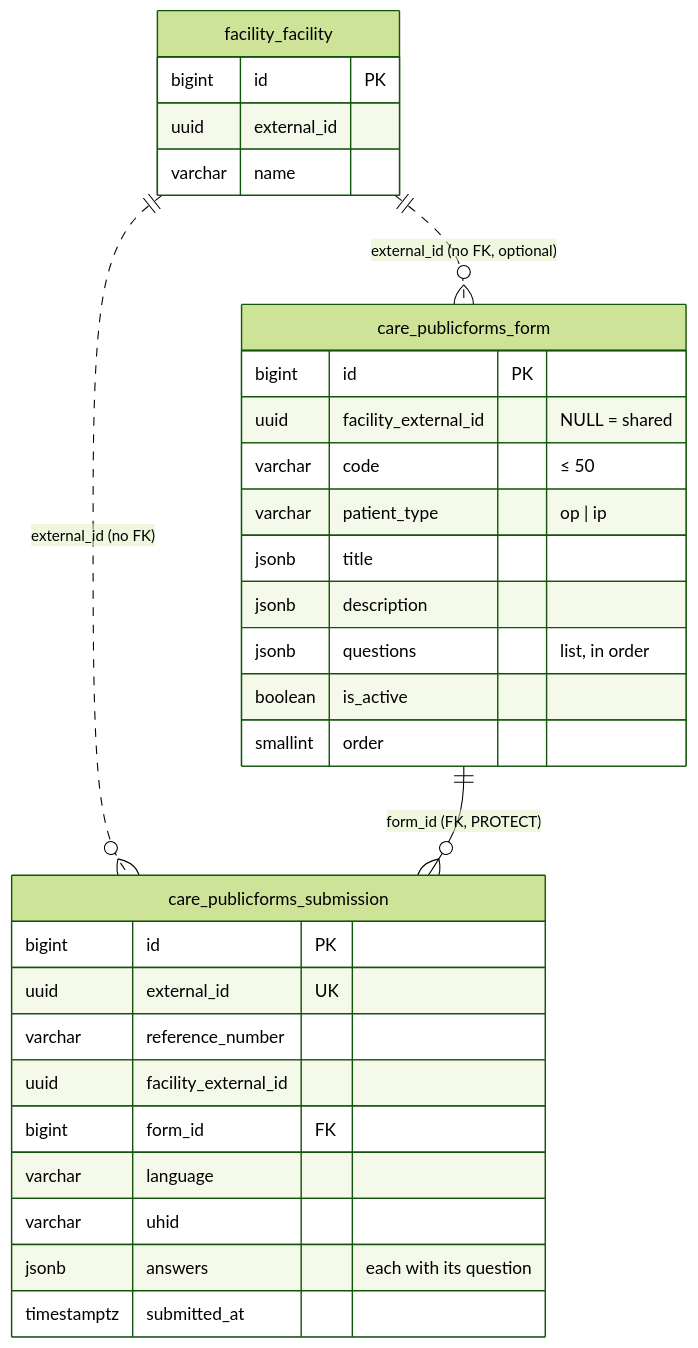
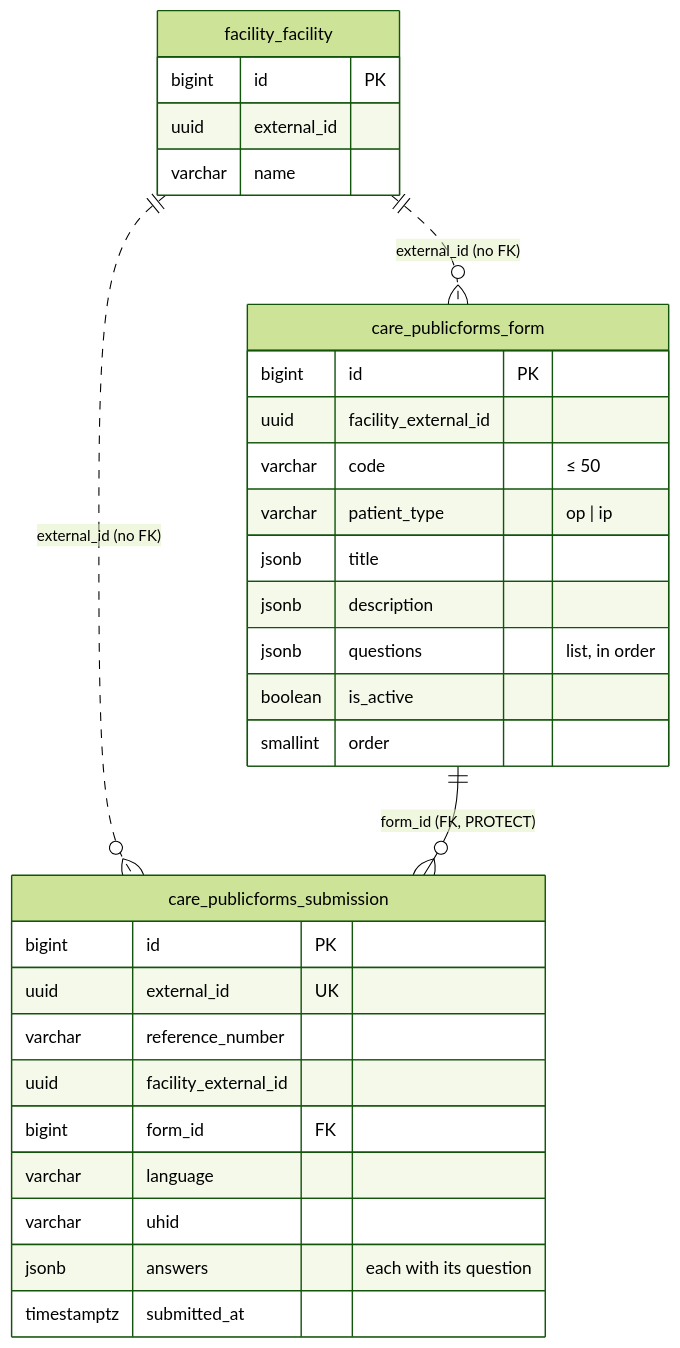
The fifth of 5 diagrams in docs/architecture.md (egovhealthcare/care_publicforms), drawn with Mermaid (forest theme) before and after one commit. The commit also changed other lines of this file and 15 other files, not shown here.

````diff
--- a/docs/architecture.md
+++ b/docs/architecture.md
@@ -411,34 +411,34 @@
 ```mermaid
 erDiagram
-    facility_facility ||..o{ care_publicforms_form : "external_id (no FK, optional)"
+    facility_facility ||..o{ care_publicforms_form : "external_id (no FK)"
     facility_facility ||..o{ care_publicforms_submission : "external_id (no FK)"
     care_publicforms_form ||--o{ care_publicforms_submission : "form_id (FK, PROTECT)"
 
     facility_facility {
         bigint id PK
         uuid external_id
         varchar name
     }
     care_publicforms_form {
         bigint id PK
-        uuid facility_external_id "NULL = shared"
+        uuid facility_external_id
         varchar code "≤ 50"
         varchar patient_type "op | ip"
         jsonb title
         jsonb description
         jsonb questions "list, in order"
         boolean is_active
         smallint order
     }
     care_publicforms_submission {
         bigint id PK
         uuid external_id UK
         varchar reference_number
         uuid facility_external_id
         bigint form_id FK
         varchar language
         varchar uhid
         jsonb answers "each with its question"
         timestamptz submitted_at
     }
 ```
````
